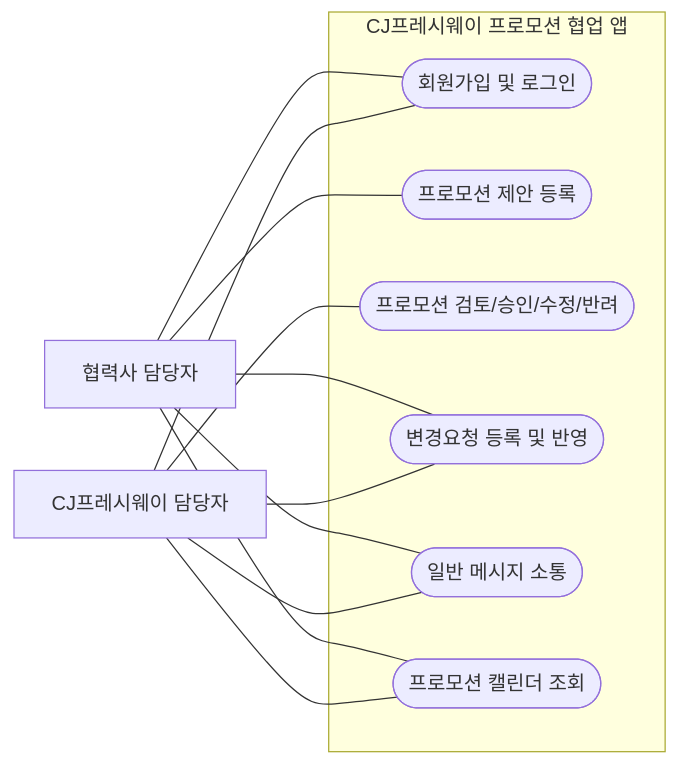
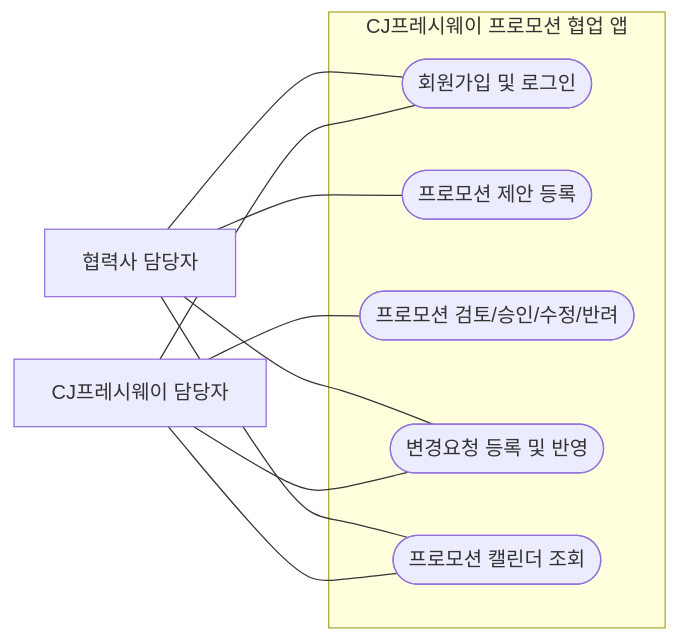
One commit to spongood99-spec/b2b-promo changed the diagram in docs/2-usecase.md. Above: the diagram before and after it, drawn with Mermaid. The commit also changed 2 other files, not shown here.

Commit message:
Remove chat/realtime feature; add PRD
Drop the Message entity and chat-based interaction from the domain
definition and use-case diagram, simplifying change requests to plain
form submission. Add the initial PRD (2-prd.md) derived from the
domain definition, then align it with the same chat/realtime removal.

````diff
--- a/docs/2-usecase.md
+++ b/docs/2-usecase.md
@@ -5,26 +5,23 @@
 ```mermaid
 flowchart LR
     협력사[협력사 담당자]
     CJ프레시웨이[CJ프레시웨이 담당자]
 
     subgraph 시스템["CJ프레시웨이 프로모션 협업 앱"]
         UC1([회원가입 및 로그인])
         UC2([프로모션 제안 등록])
         UC3([프로모션 검토/승인/수정/반려])
         UC4([변경요청 등록 및 반영])
-        UC5([일반 메시지 소통])
-        UC6([프로모션 캘린더 조회])
+        UC5([프로모션 캘린더 조회])
     end
 
     협력사 --- UC1
     협력사 --- UC2
     협력사 --- UC4
     협력사 --- UC5
-    협력사 --- UC6
 
     CJ프레시웨이 --- UC1
     CJ프레시웨이 --- UC3
     CJ프레시웨이 --- UC4
     CJ프레시웨이 --- UC5
-    CJ프레시웨이 --- UC6
 ```
````
